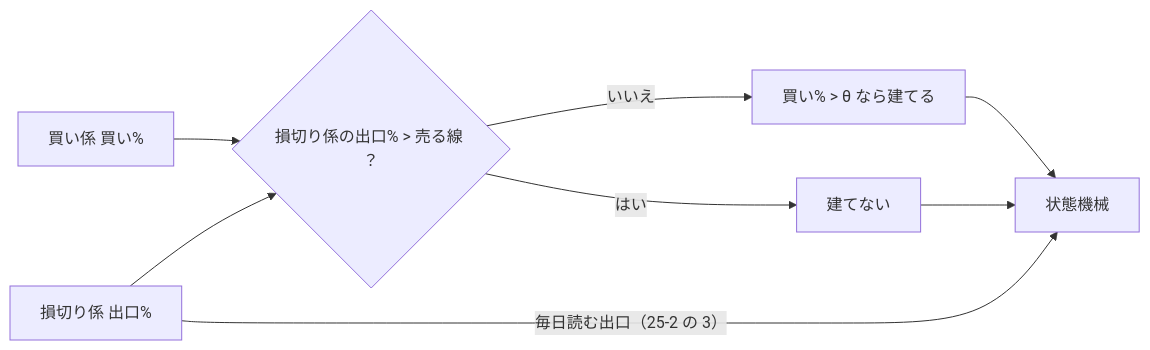
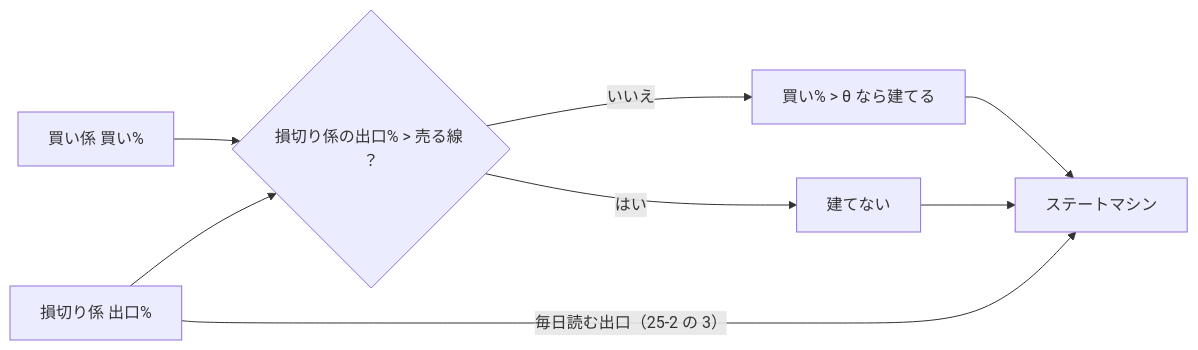
One commit to akiraak/ai-income-lab changed diagram 28 of 38 in docs/specs/experiments/feature-discovery/rules.md. Above: the diagram before and after it, drawn with Mermaid. The commit also changed other lines of this file and 45 other files, not shown here.

````diff
--- a/docs/specs/experiments/feature-discovery/rules.md
+++ b/docs/specs/experiments/feature-discovery/rules.md
@@ -1819,10 +1819,10 @@
 ```mermaid
 flowchart LR
   B["買い係 買い%"] --> G{"損切り係の出口% > 売る線 ？"}
   S["損切り係 出口%"] --> G
   G -->|"いいえ"| BUY["買い% > θ なら建てる"]
   G -->|"はい"| NO["建てない"]
-  S -->|"毎日読む出口（25-2 の 3）"| SM["状態機械"]
+  S -->|"毎日読む出口（25-2 の 3）"| SM["ステートマシン"]
   BUY --> SM
   NO --> SM
 ```
````
